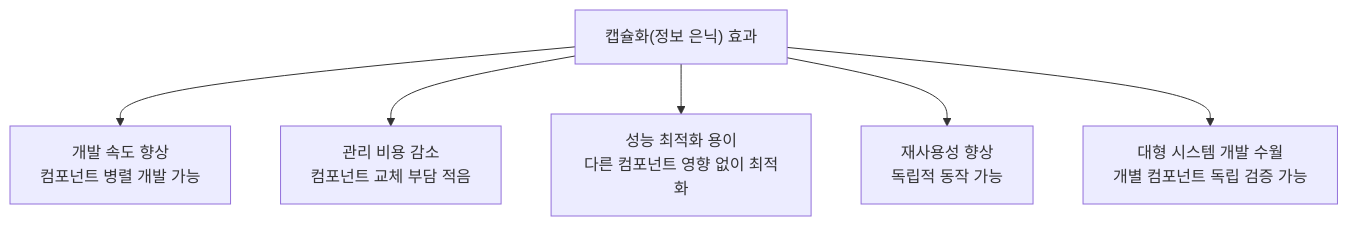
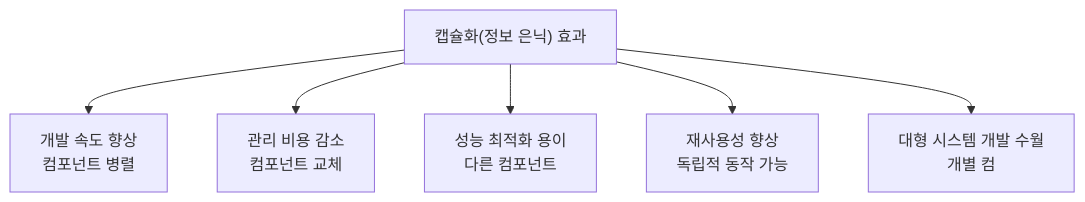
Before and after one commit to yjkim2015/yjkim2015.github.io: the first of 4 diagrams in _posts/java/2021-12-29-effective-java15.md, drawn with Mermaid. The commit also changed other lines of this file and 271 other files, not shown here.

First line of the commit message:
Mermaid 라벨 축소: 긴 노드 텍스트 18자 이하로 트림 + \n 제거

````diff
--- a/_posts/java/2021-12-29-effective-java15.md
+++ b/_posts/java/2021-12-29-effective-java15.md
@@ -20,8 +20,8 @@
 ```mermaid
 graph TD
-    A["캡슐화(정보 은닉) 효과"] --> B["개발 속도 향상\n컴포넌트 병렬 개발 가능"]
-    A --> C["관리 비용 감소\n컴포넌트 교체 부담 적음"]
-    A --> D["성능 최적화 용이\n다른 컴포넌트 영향 없이 최적화"]
+    A["캡슐화(정보 은닉) 효과"] --> B["개발 속도 향상\n컴포넌트 병렬"]
+    A --> C["관리 비용 감소\n컴포넌트 교체"]
+    A --> D["성능 최적화 용이\n다른 컴포넌트"]
     A --> E["재사용성 향상\n독립적 동작 가능"]
-    A --> F["대형 시스템 개발 수월\n개별 컴포넌트 독립 검증 가능"]
+    A --> F["대형 시스템 개발 수월\n개별 컴"]
 ```
````
